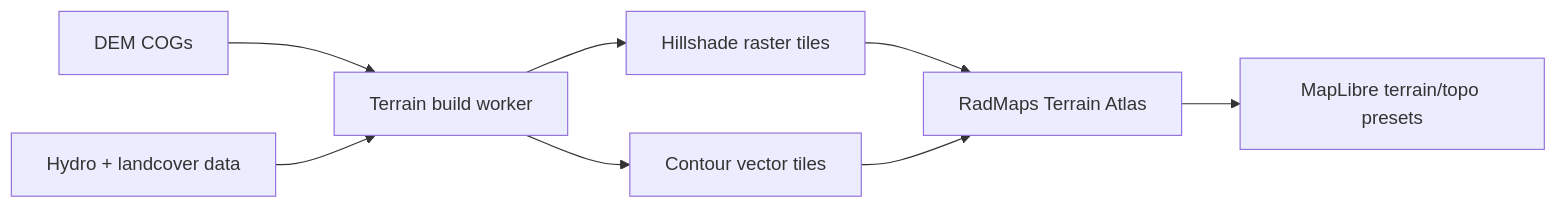
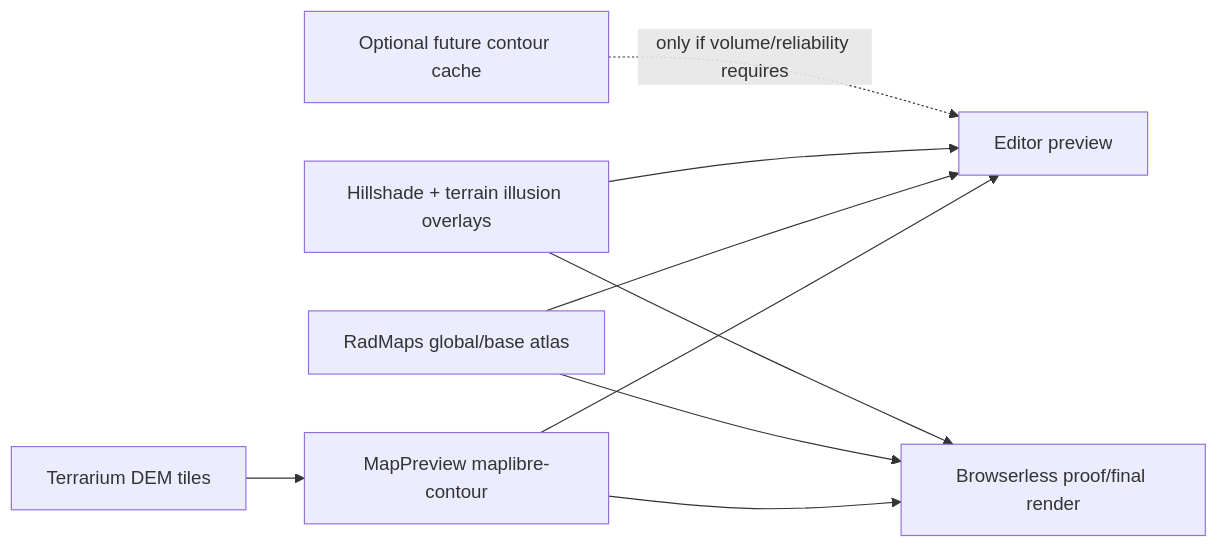
One commit to anthonynmaro/radmaps changed the third of 4 diagrams in docs/MAP_TOOLS_CATALOG.md. Above: the diagram before and after it, drawn with Mermaid. The commit also changed other lines of this file and 11 other files, not shown here.

````diff
--- a/docs/MAP_TOOLS_CATALOG.md
+++ b/docs/MAP_TOOLS_CATALOG.md
@@ -149,10 +149,11 @@
 ```mermaid
 flowchart LR
-  A["DEM COGs"] --> B["Terrain build worker"]
-  B --> C["Hillshade raster tiles"]
-  B --> D["Contour vector tiles"]
-  E["Hydro + landcover data"] --> B
-  C --> F["RadMaps Terrain Atlas"]
-  D --> F
-  F --> G["MapLibre terrain/topo presets"]
+  A["Terrarium DEM tiles"] --> B["MapPreview maplibre-contour"]
+  B --> C["Editor preview"]
+  B --> D["Browserless proof/final render"]
+  E["RadMaps global/base atlas"] --> C
+  E --> D
+  F["Hillshade + terrain illusion overlays"] --> C
+  F --> D
+  G["Optional future contour cache"] -. "only if volume/reliability requires" .-> C
 ```
````
